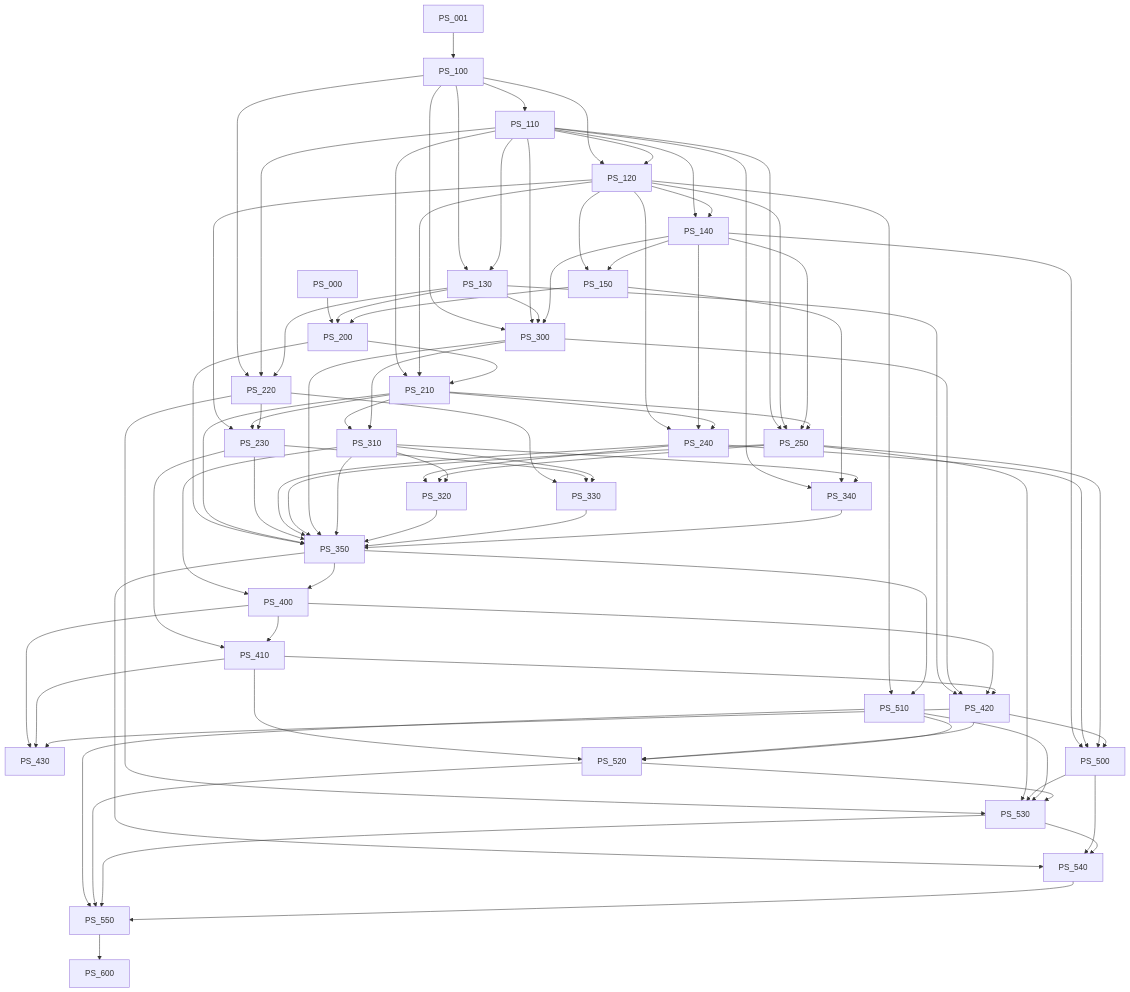
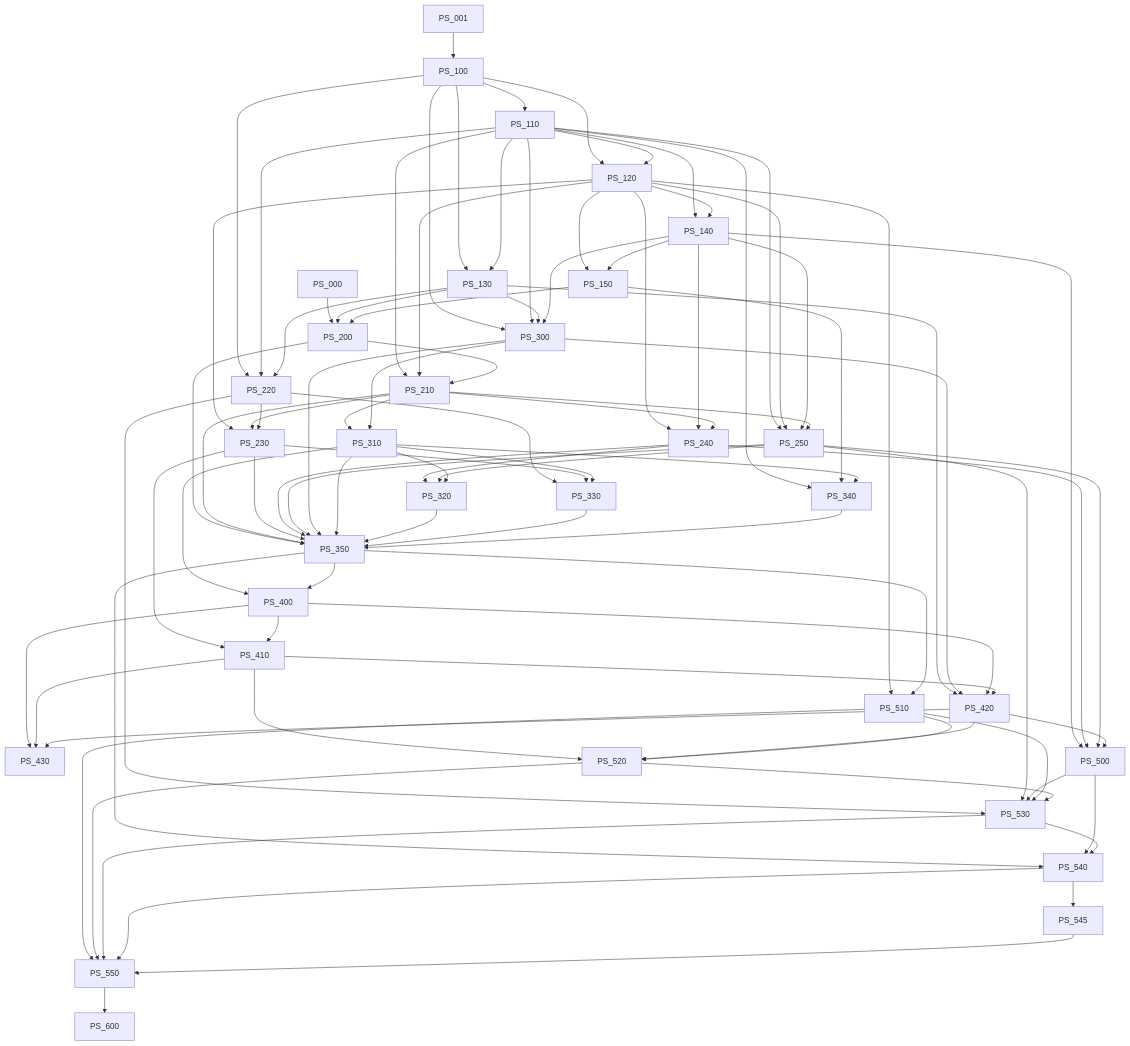
One commit to Teludens-Lab/Plenum changed the diagram in docs/promptbook/DEPENDENCY_GRAPH.md. Above: the diagram before and after it, drawn with Mermaid. The commit also changed other lines of this file and 35 other files, not shown here.

````diff
--- a/docs/promptbook/DEPENDENCY_GRAPH.md
+++ b/docs/promptbook/DEPENDENCY_GRAPH.md
@@ -86,9 +86,11 @@
   PS_350 --> PS_540
   PS_500 --> PS_540
   PS_530 --> PS_540
+  PS_540 --> PS_545
   PS_510 --> PS_550
   PS_520 --> PS_550
   PS_530 --> PS_550
   PS_540 --> PS_550
+  PS_545 --> PS_550
   PS_550 --> PS_600
 ```
````
